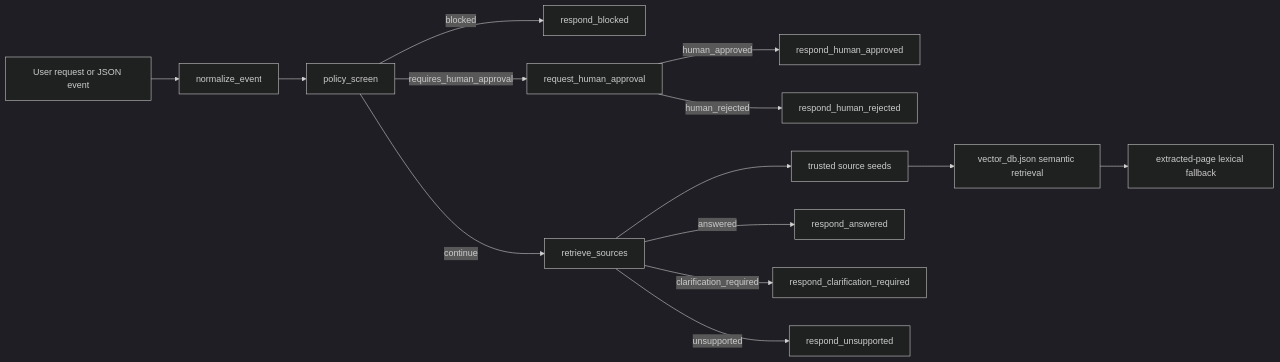
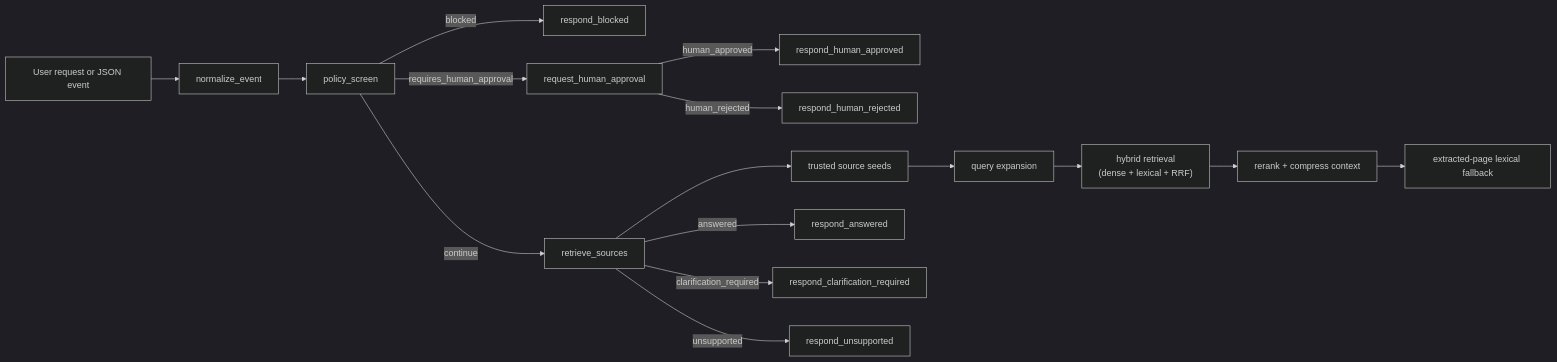
The diagram in README.md (Ramisa1231/CouncilQ), drawn with Mermaid (dark theme) before and after one commit. The commit also changed other lines of this file and 9 other files, not shown here.

First line of the commit message:
Add hybrid retrieval pipeline and telemetry

````diff
--- a/README.md
+++ b/README.md
@@ -33,16 +36,18 @@
 ```mermaid
 flowchart LR
   U["User request or JSON event"] --> N["normalize_event"]
   N --> P["policy_screen"]
   P -->|blocked| RB["respond_blocked"]
   P -->|requires_human_approval| H["request_human_approval"]
   H -->|human_approved| HA["respond_human_approved"]
   H -->|human_rejected| HR["respond_human_rejected"]
   P -->|continue| R["retrieve_sources"]
   R --> D["trusted source seeds"]
-  D --> V["vector_db.json semantic retrieval"]
-  V --> L["extracted-page lexical fallback"]
+  D --> Q["query expansion"]
+  Q --> HY["hybrid retrieval<br/>(dense + lexical + RRF)"]
+  HY --> K["rerank + compress context"]
+  K --> L["extracted-page lexical fallback"]
   R -->|answered| RA["respond_answered"]
   R -->|clarification_required| RC["respond_clarification_required"]
   R -->|unsupported| RU["respond_unsupported"]
 ```
````
